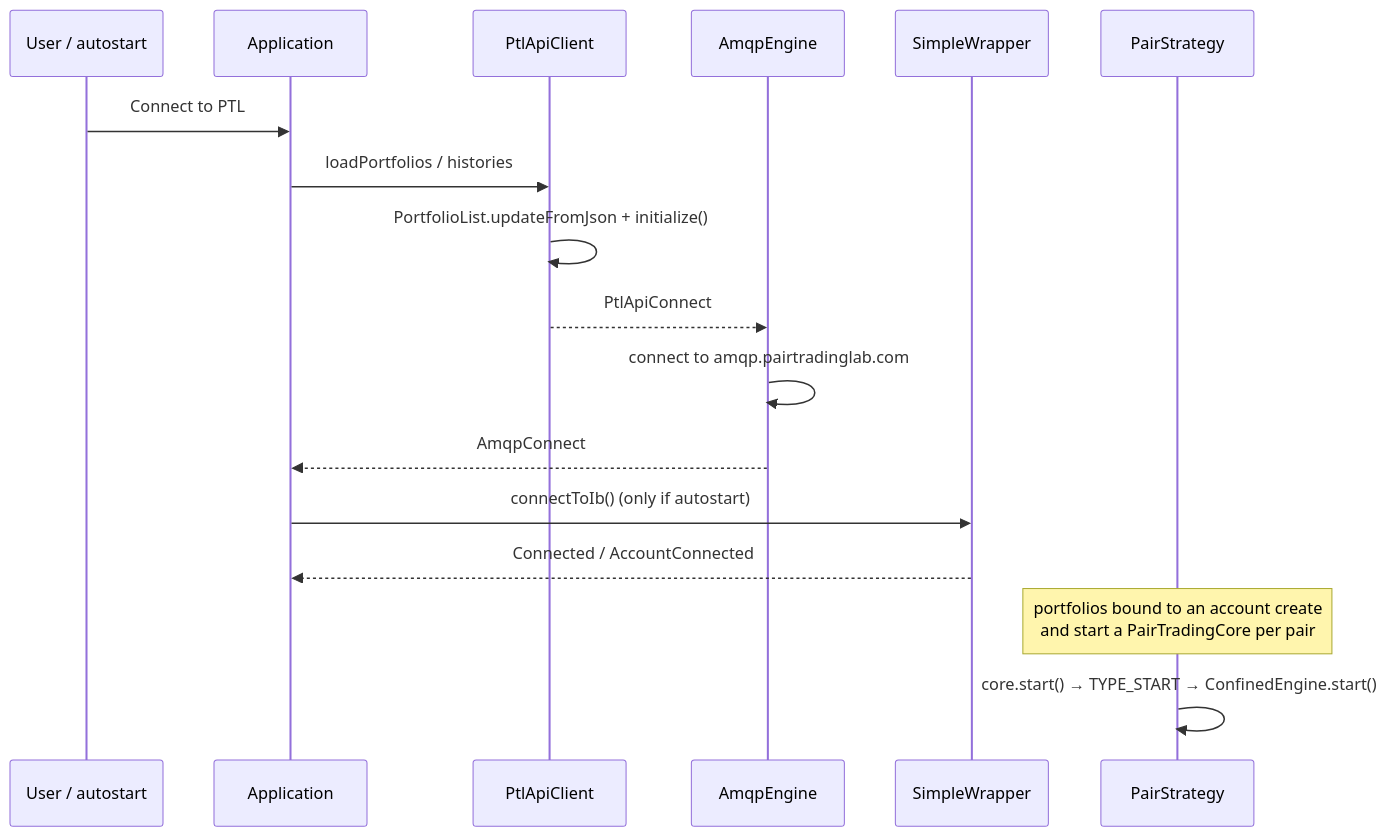
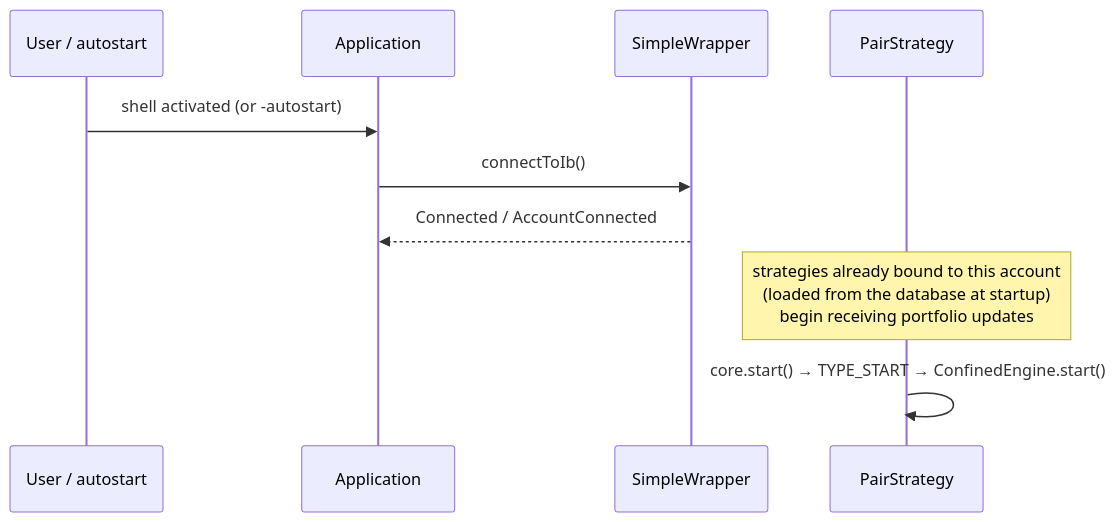
One commit to quantverse/ptltrader changed the fourth of 4 diagrams in ARCHITECTURE.md. Above: the diagram before and after it, drawn with Mermaid. The commit also changed other lines of this file and 2 other files, not shown here.

````diff
--- a/ARCHITECTURE.md
+++ b/ARCHITECTURE.md
@@ -580,19 +591,12 @@
 ```mermaid
 sequenceDiagram
     participant U as User / autostart
     participant A as Application
-    participant P as PtlApiClient
-    participant M as AmqpEngine
     participant W as SimpleWrapper
     participant S as PairStrategy
-    U->>A: Connect to PTL
-    A->>P: loadPortfolios / histories
-    P->>P: PortfolioList.updateFromJson + initialize()
-    P-->>M: PtlApiConnect
-    M->>M: connect to amqp.pairtradinglab.com
-    M-->>A: AmqpConnect
-    A->>W: connectToIb() (only if autostart)
+    U->>A: shell activated (or -autostart)
+    A->>W: connectToIb()
     W-->>A: Connected / AccountConnected
-    Note over S: portfolios bound to an account create<br/>and start a PairTradingCore per pair
+    Note over S: strategies already bound to this account<br/>(loaded from the database at startup)<br/>begin receiving portfolio updates
     S->>S: core.start() → TYPE_START → ConfinedEngine.start()
 ```
````
